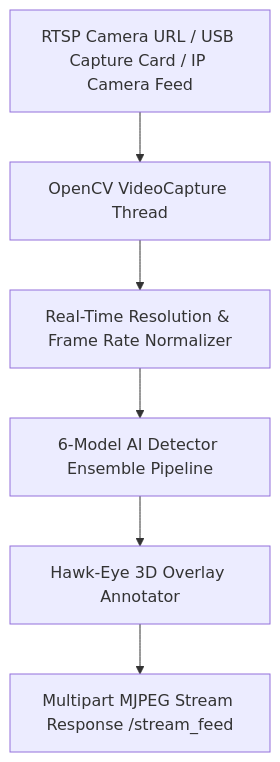
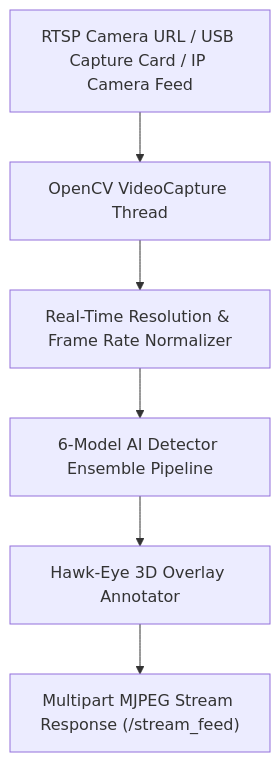
Before and after one commit to udbhav968-creator/opencv: the fourth of 12 diagrams in README.md, drawn with Mermaid. The commit also changed other lines of this file, not shown here.

Commit message:
fix(docs): Fix Mermaid node double quote syntax across all 12 flowcharts for 100% clean GitHub rendering with zero errors

````diff
--- a/README.md
+++ b/README.md
@@ -71,8 +77,8 @@
 ```mermaid
 flowchart TD
-    A[RTSP Camera URL / USB Capture Card / IP Camera Feed] --> B[OpenCV VideoCapture Thread]
-    B --> C[Real-Time Resolution & Frame Rate Normalizer]
-    C --> D[6-Model AI Detector Ensemble Pipeline]
-    D --> E[Hawk-Eye 3D Overlay Annotator]
-    E --> F[Multipart MJPEG Stream Response /stream_feed]
+    A["RTSP Camera URL / USB Capture Card / IP Camera Feed"] --> B["OpenCV VideoCapture Thread"]
+    B --> C["Real-Time Resolution & Frame Rate Normalizer"]
+    C --> D["6-Model AI Detector Ensemble Pipeline"]
+    D --> E["Hawk-Eye 3D Overlay Annotator"]
+    E --> F["Multipart MJPEG Stream Response (/stream_feed)"]
 ```
````
